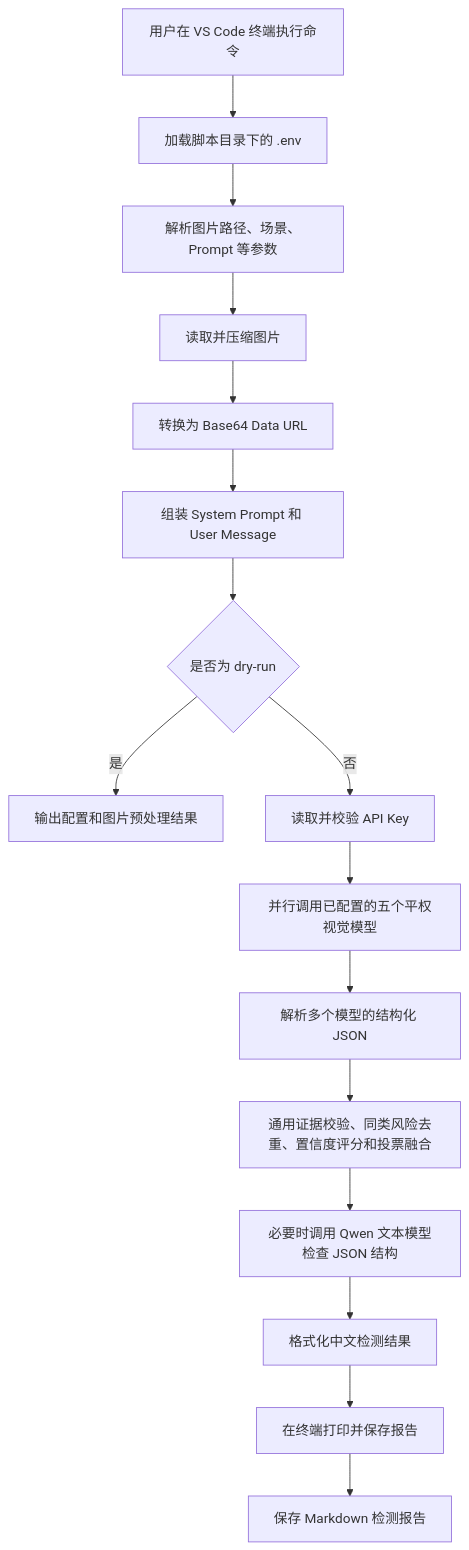
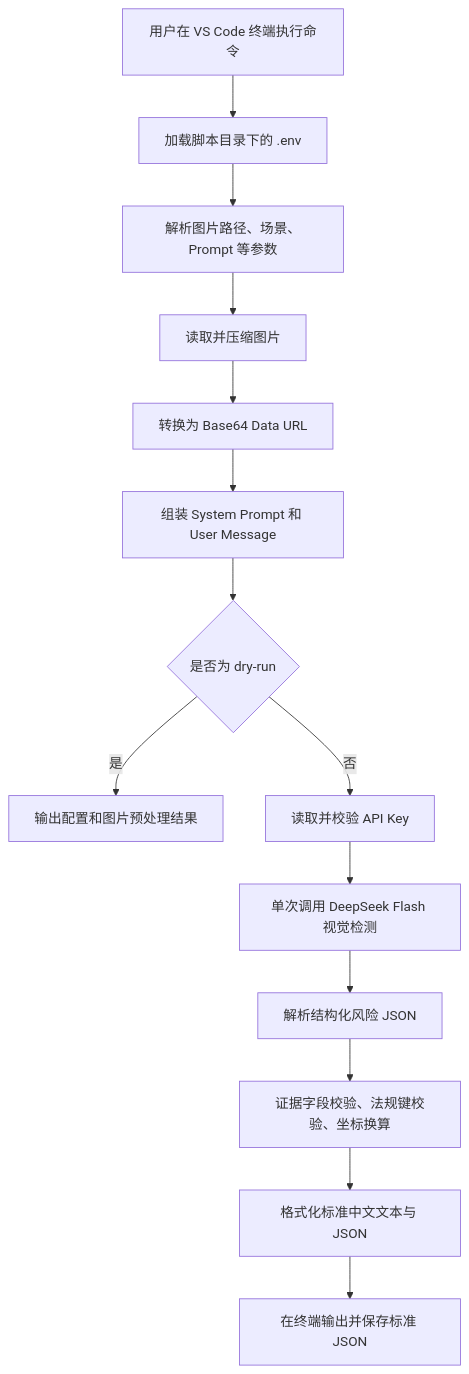
One commit to safe-checker/safe-checker-v2-flash changed the diagram in 代码流程说明文档.md. Above: the diagram before and after it, drawn with Mermaid. The commit also changed other lines of this file and 5 other files, not shown here.

````diff
--- a/代码流程说明文档.md
+++ b/代码流程说明文档.md
@@ -48,18 +48,16 @@
 ```mermaid
 flowchart TD
     A["用户在 VS Code 终端执行命令"] --> B["加载脚本目录下的 .env"]
     B --> C["解析图片路径、场景、Prompt 等参数"]
     C --> D["读取并压缩图片"]
     D --> E["转换为 Base64 Data URL"]
     E --> F["组装 System Prompt 和 User Message"]
     F --> G{"是否为 dry-run"}
     G -->|是| H["输出配置和图片预处理结果"]
     G -->|否| I["读取并校验 API Key"]
-    I --> J["并行调用已配置的五个平权视觉模型"]
-    J --> K["解析多个模型的结构化 JSON"]
-    K --> L["通用证据校验、同类风险去重、置信度评分和投票融合"]
-    L --> M["必要时调用 Qwen 文本模型检查 JSON 结构"]
-    M --> N["格式化中文检测结果"]
-    N --> O["在终端打印并保存报告"]
-    O --> P["保存 Markdown 检测报告"]
+    I --> J["单次调用 DeepSeek Flash 视觉检测"]
+    J --> K["解析结构化风险 JSON"]
+    K --> L["证据字段校验、法规键校验、坐标换算"]
+    L --> M["格式化标准中文文本与 JSON"]
+    M --> N["在终端输出并保存标准 JSON"]
 ```
````
